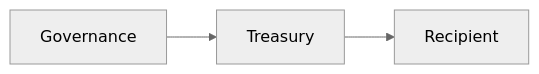
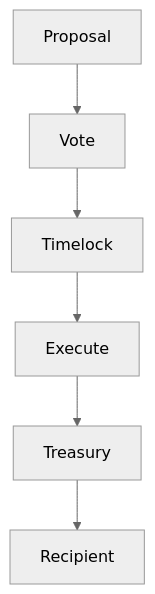
One commit to its-DeFine/docs changed the diagram in v2/pages/06_lptoken/treasury/overview.mdx. Above: the diagram before and after it, drawn with Mermaid (neutral theme). The commit also changed other lines of this file and 1 other file, not shown here.

First line of the commit message:
Add treasury content from new/ folder

````diff
--- a/v2/pages/06_lptoken/treasury/overview.mdx
+++ b/v2/pages/06_lptoken/treasury/overview.mdx
@@ -21,4 +129,8 @@
 ```mermaid
-flowchart LR
-    Governance --> Treasury --> Recipient
+flowchart TD
+    Proposal --> Vote
+    Vote --> Timelock
+    Timelock --> Execute
+    Execute --> Treasury
+    Treasury --> Recipient
 ```
````
